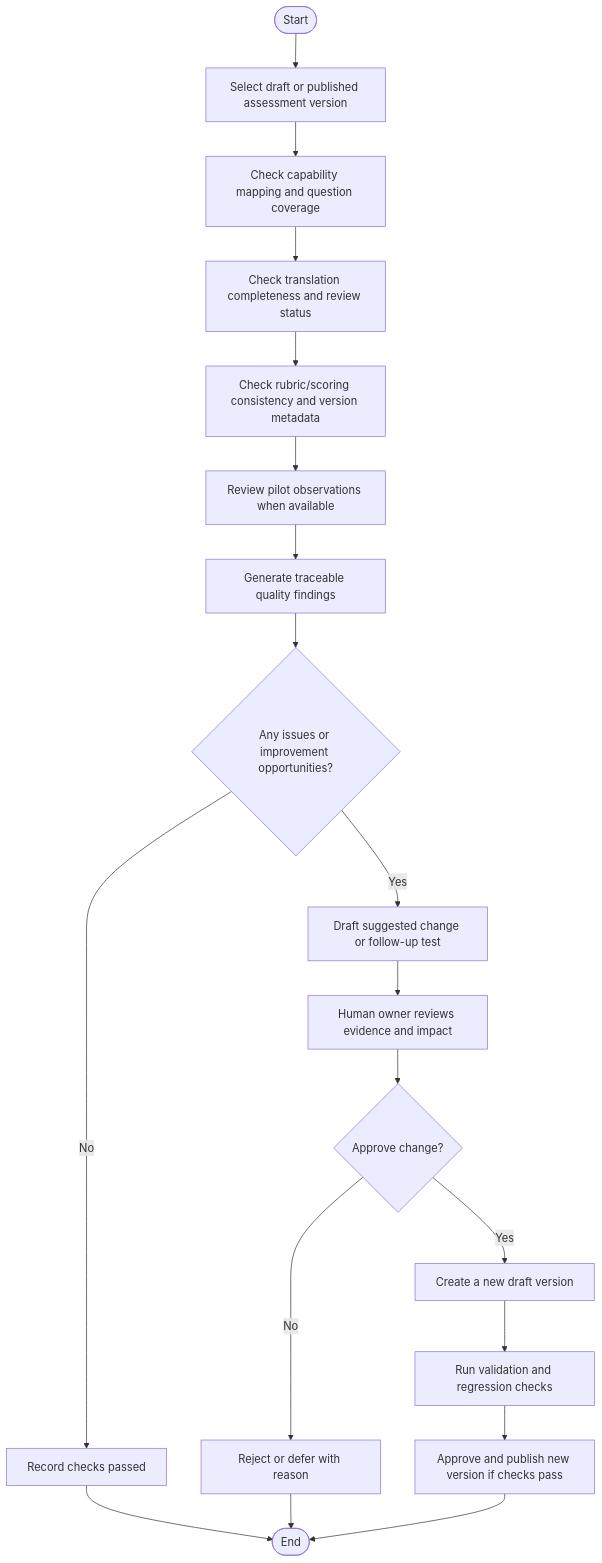
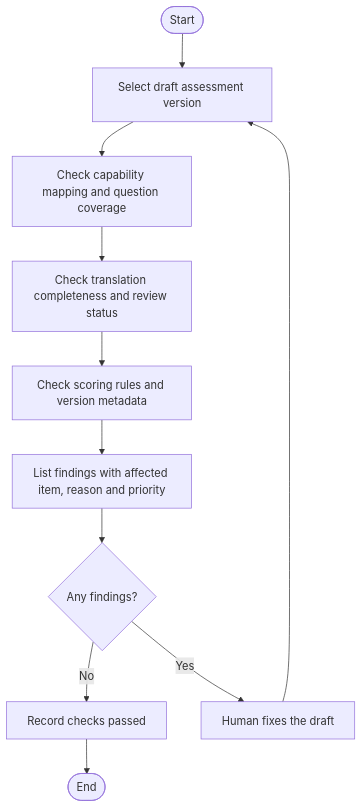
Before and after one commit to ponli550/DXP-CandidateAssessment: the fourth of 5 diagrams in docs/user-flows.md, drawn with Mermaid. The commit also changed other lines of this file and 2 other files, not shown here.

Commit message:
Align PRD and flows with the submitted proposal (#28)

````diff
--- a/docs/user-flows.md
+++ b/docs/user-flows.md
@@ -91,21 +91,13 @@
 ```mermaid
 flowchart TD
-    A([Start]) --> B[Select draft or published assessment version]
+    A([Start]) --> B[Select draft assessment version]
     B --> C[Check capability mapping and question coverage]
     C --> D[Check translation completeness and review status]
-    D --> E[Check rubric/scoring consistency and version metadata]
-    E --> F[Review pilot observations when available]
-    F --> G[Generate traceable quality findings]
-    G --> H{Any issues or improvement opportunities?}
-    H -- No --> I[Record checks passed]
-    H -- Yes --> J[Draft suggested change or follow-up test]
-    J --> K[Human owner reviews evidence and impact]
-    K --> L{Approve change?}
-    L -- No --> M[Reject or defer with reason]
-    L -- Yes --> N[Create a new draft version]
-    N --> O[Run validation and regression checks]
-    O --> P[Approve and publish new version if checks pass]
-    I --> Q([End])
-    M --> Q
-    P --> Q
+    D --> E[Check scoring rules and version metadata]
+    E --> F[List findings with affected item, reason and priority]
+    F --> G{Any findings?}
+    G -- No --> H[Record checks passed]
+    G -- Yes --> I[Human fixes the draft]
+    I --> B
+    H --> J([End])
 ```
````
